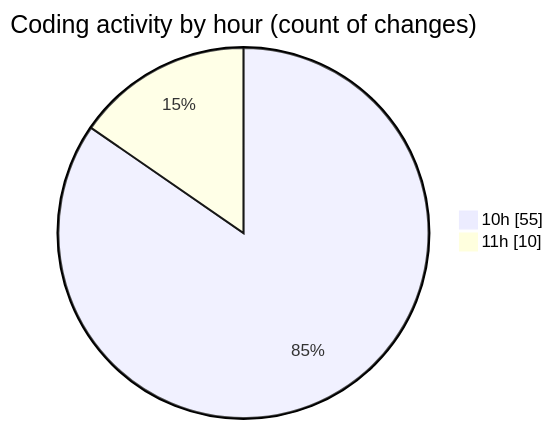
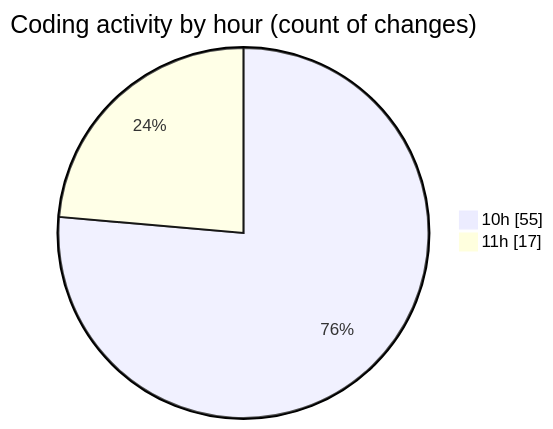
One commit to nxtqubesakshisongat/code-tracking changed the second of 2 diagrams in 2026-03-06/nxtqube_webapp/README.md. Above: the diagram before and after it, drawn with Mermaid. The commit also changed other lines of this file and 1 other file, not shown here.

````diff
--- a/2026-03-06/nxtqube_webapp/README.md
+++ b/2026-03-06/nxtqube_webapp/README.md
@@ -38,6 +38,6 @@
 ```mermaid
 pie showData
 title Coding activity by hour (count of changes)
 "10h" : 55
-"11h" : 10
+"11h" : 17
 ```
````
